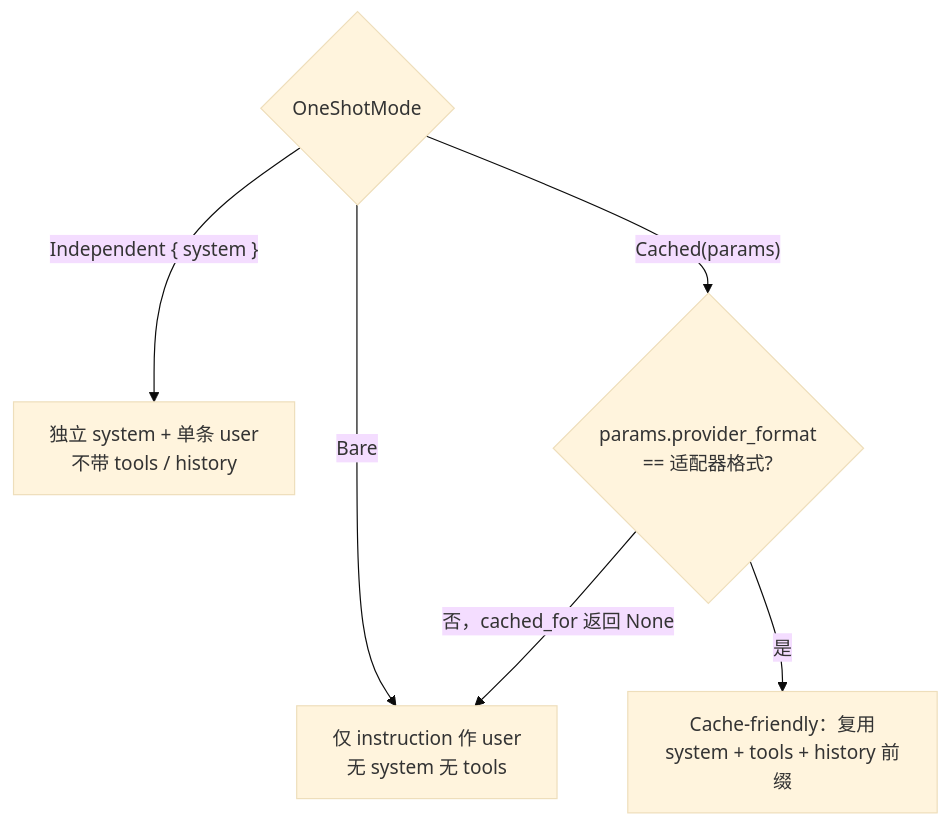
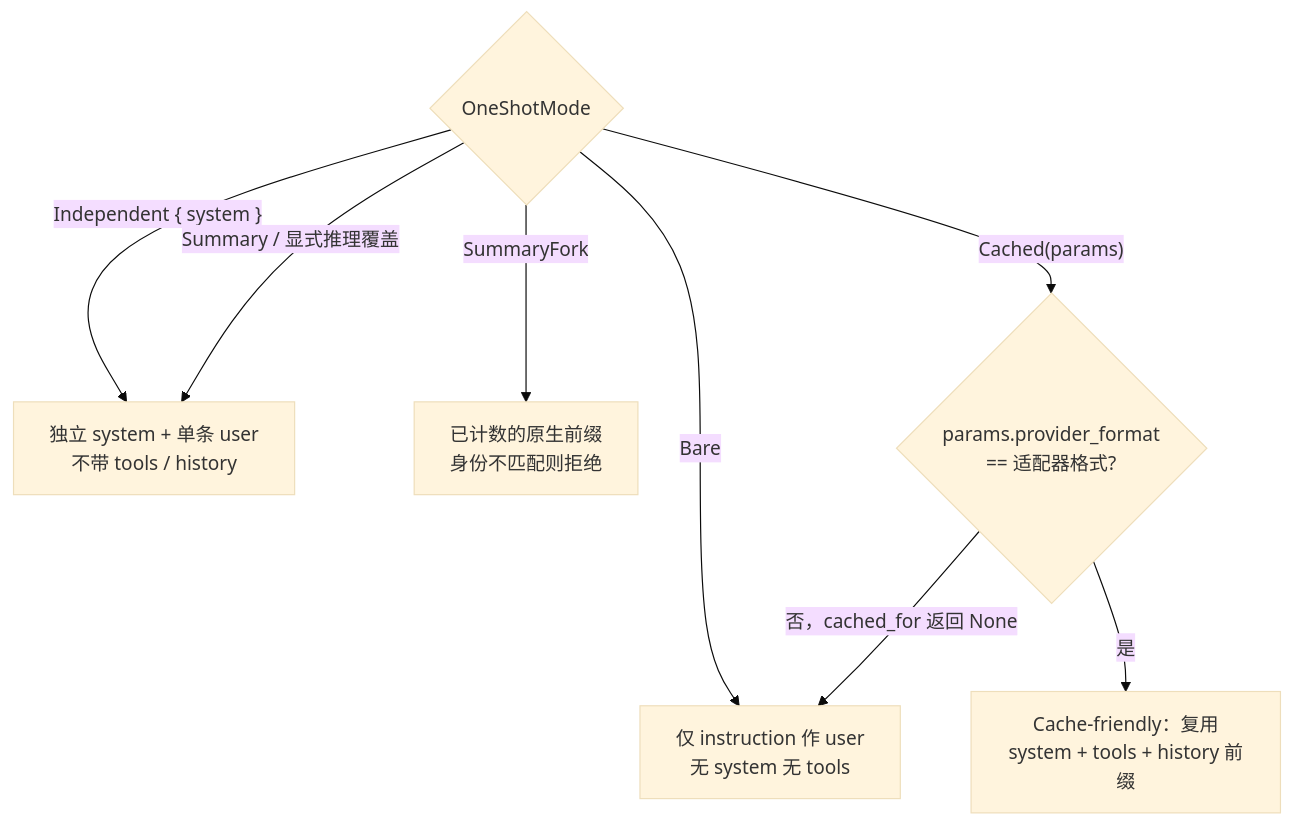
Before and after one commit to gabrielmoreira/agent-skills-mirror: the third of 4 diagrams in mirrors/repos/shiwenwen@hope-agent/docs/architecture/agent/side-query.md, drawn with Mermaid (base theme). The commit also changed other lines of this file and 4037 other files, not shown here.

````diff
--- a/mirrors/repos/shiwenwen@hope-agent/docs/architecture/agent/side-query.md
+++ b/mirrors/repos/shiwenwen@hope-agent/docs/architecture/agent/side-query.md
@@ -110,9 +112,11 @@
 ```mermaid
 flowchart TD
     M{"OneShotMode"}
     M -->|"Independent { system }"| I["独立 system + 单条 user<br/>不带 tools / history"]
+    M -->|"Summary / 显式推理覆盖"| I
+    M -->|"SummaryFork"| F["已计数的原生前缀<br/>身份不匹配则拒绝"]
     M -->|"Bare"| B["仅 instruction 作 user<br/>无 system 无 tools"]
     M -->|"Cached(params)"| C{"params.provider_format<br/>== 适配器格式?"}
     C -->|"是"| CF["Cache-friendly：复用<br/>system + tools + history 前缀"]
     C -->|"否，cached_for 返回 None"| B
 ```
````
